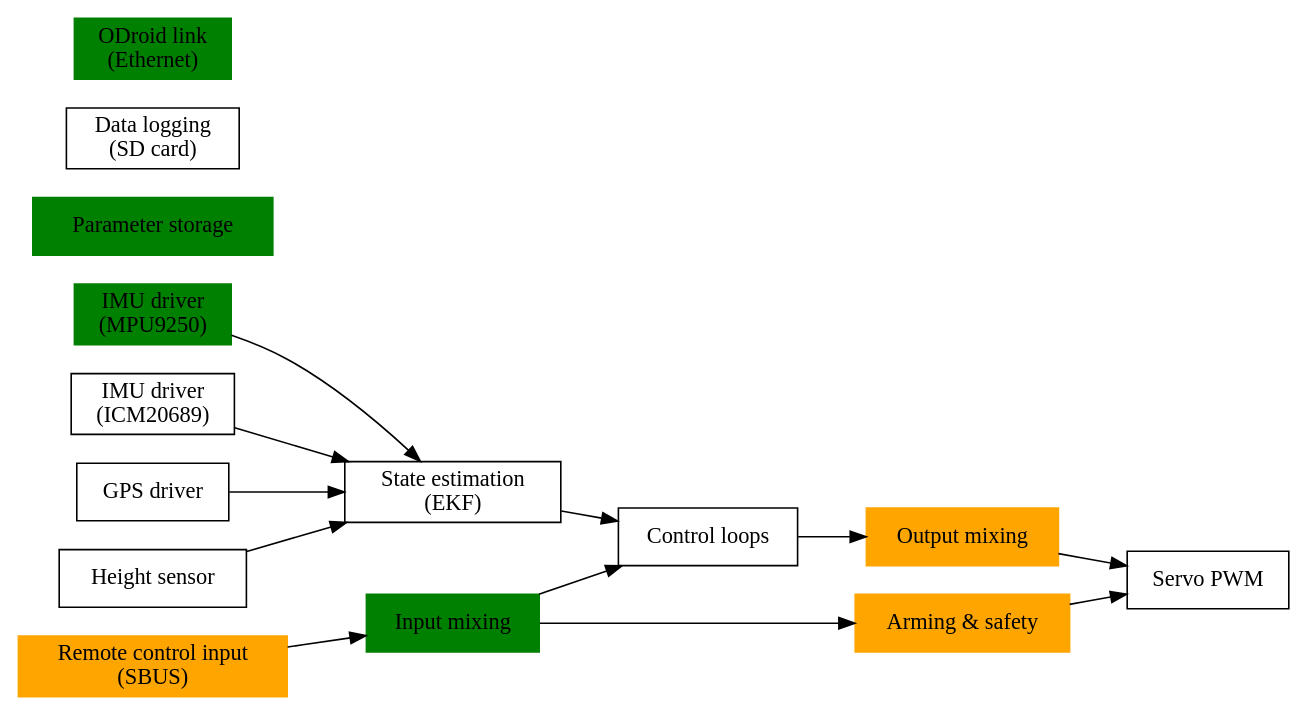
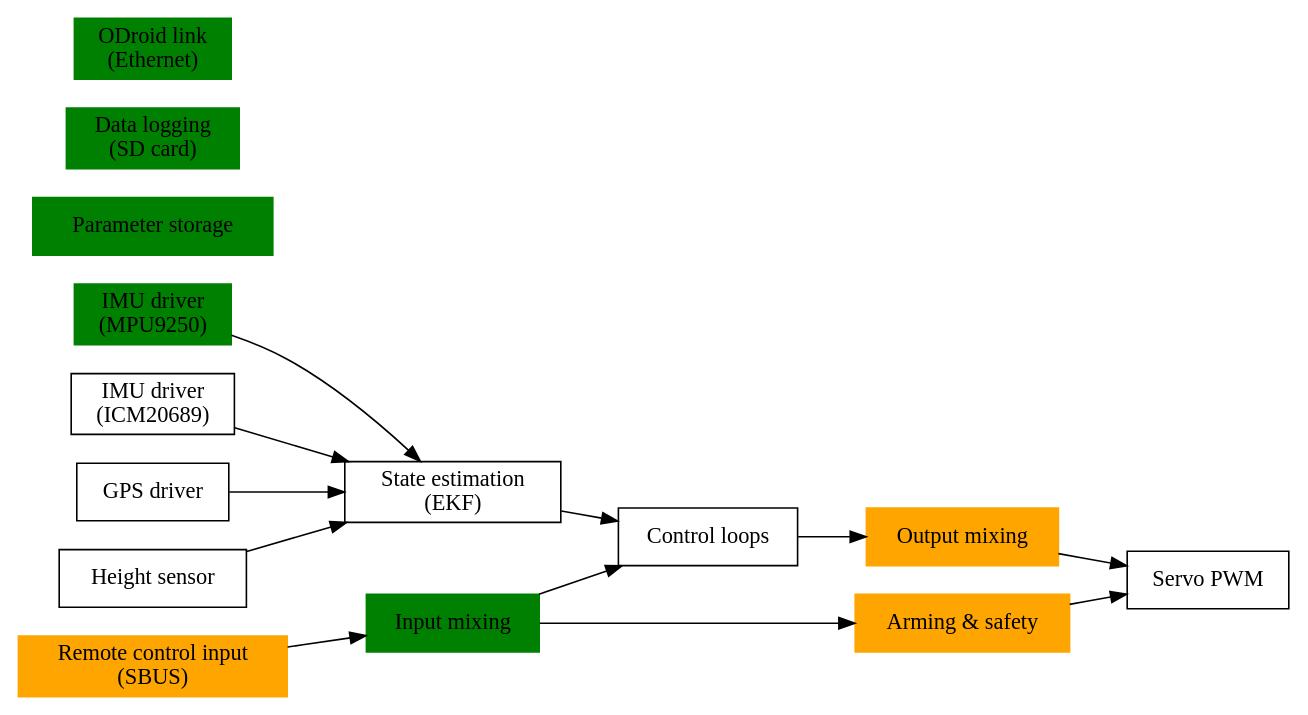
The diagram in doc/information_flow.dot (HydrocontestEPFL/autopilot-firmware), drawn with Graphviz before and after one commit. The commit also changed 1 other file, not shown here.

```diff
--- a/doc/information_flow.dot
+++ b/doc/information_flow.dot
@@ -1,30 +1,30 @@
 digraph Flow {
     rankdir = LR;
     node [shape="box"];
     mpu9250_driver [style=filled, color="green", label="IMU driver\n(MPU9250)"]
     icm20689_driver [label="IMU driver\n(ICM20689)"]
     gps_driver [label="GPS driver"]
     parameter [label="Parameter storage", style=filled, color="green"];
-    data_logging [label="Data logging\n(SD card)"];
+    data_logging [label="Data logging\n(SD card)", style=filled, color="green"];
     rc_input [label="Remote control input\n(SBUS)", style="filled", color="orange"];
     ethernet [label="ODroid link\n(Ethernet)", style="filled", color="green"];
     input_mapping [label="Input mixing", style="filled", color="green"];
     state_estimation [label="State estimation\n(EKF)"];
     controller [label="Control loops"];
     mixer [label="Output mixing", style="filled", color="orange"];
     height_sensor [label="Height sensor"];
     safety [label="Arming & safety", style="filled", color="orange"];
     output_pwm [label="Servo PWM"];
 
     rc_input -> input_mapping;
     height_sensor -> state_estimation;
     gps_driver -> state_estimation;
     mpu9250_driver -> state_estimation;
     icm20689_driver -> state_estimation;
     state_estimation -> controller;
     input_mapping -> controller;
     input_mapping -> safety;
     safety -> output_pwm;
     controller -> mixer;
     mixer -> output_pwm;
 }
```
